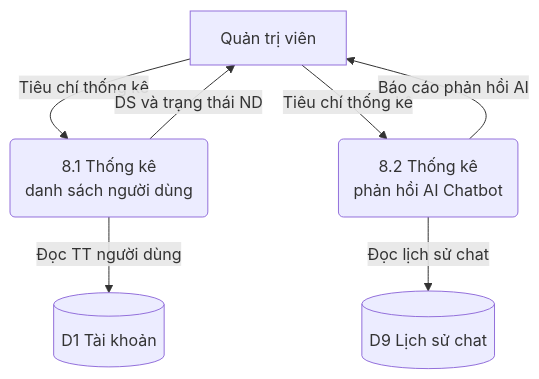
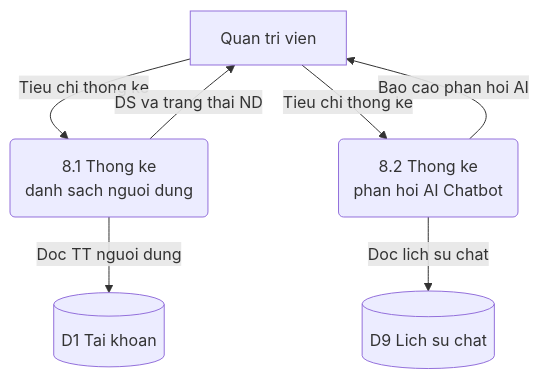
Before and after one commit to Hieu-vn/Graduation-Thesis: the tenth of 10 diagrams in DFD_Diagrams.md, drawn with Mermaid. The commit also changed other lines of this file, not shown here.

Commit message:
docs: Update DFD diagrams.

````diff
--- a/DFD_Diagrams.md
+++ b/DFD_Diagrams.md
@@ -488,17 +508,17 @@
 ```mermaid
 flowchart TB
-    QT["Quản trị viên"]
-    D1[("D1 Tài khoản")]
-    D9[("D9 Lịch sử chat")]
+    QT["Quan tri vien"]
+    D1[("D1 Tai khoan")]
+    D9[("D9 Lich su chat")]
 
-    P81("8.1 Thống kê<br/>danh sách người dùng")
-    P82("8.2 Thống kê<br/>phản hồi AI Chatbot")
+    P81("8.1 Thong ke<br/>danh sach nguoi dung")
+    P82("8.2 Thong ke<br/>phan hoi AI Chatbot")
 
-    QT -->|"Tiêu chí thống kê"| P81
-    P81 -->|"Đọc TT người dùng"| D1
-    P81 -->|"DS và trạng thái ND"| QT
+    QT -->|"Tieu chi thong ke"| P81
+    P81 -->|"Doc TT nguoi dung"| D1
+    P81 -->|"DS va trang thai ND"| QT
 
-    QT -->|"Tiêu chí thống kê"| P82
-    P82 -->|"Đọc lịch sử chat"| D9
-    P82 -->|"Báo cáo phản hồi AI"| QT
+    QT -->|"Tieu chi thong ke"| P82
+    P82 -->|"Doc lich su chat"| D9
+    P82 -->|"Bao cao phan hoi AI"| QT
 ```
````
